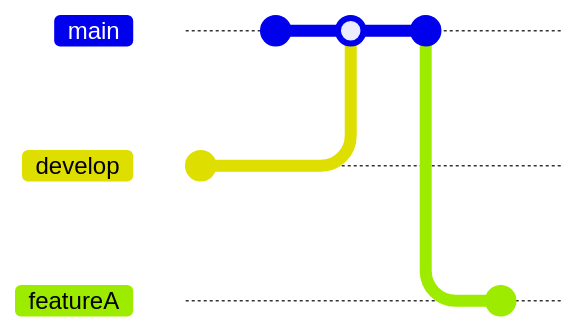
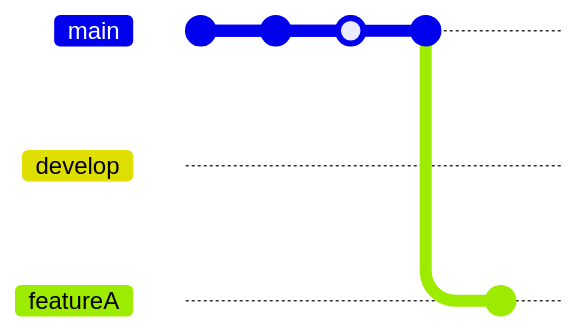
One commit to petitess/markdown changed the first of 3 diagrams in mermaid04.md. Above: the diagram before and after it, drawn with Mermaid. The commit also changed other lines of this file, not shown here. Commit ids are hidden.

````diff
--- a/mermaid04.md
+++ b/mermaid04.md
@@ -1,11 +1,11 @@
 ```mermaid
 gitGraph
+       commit
        branch develop
-       commit
        checkout main
        commit
        merge develop
        commit
        branch featureA
        commit
 ```
````
